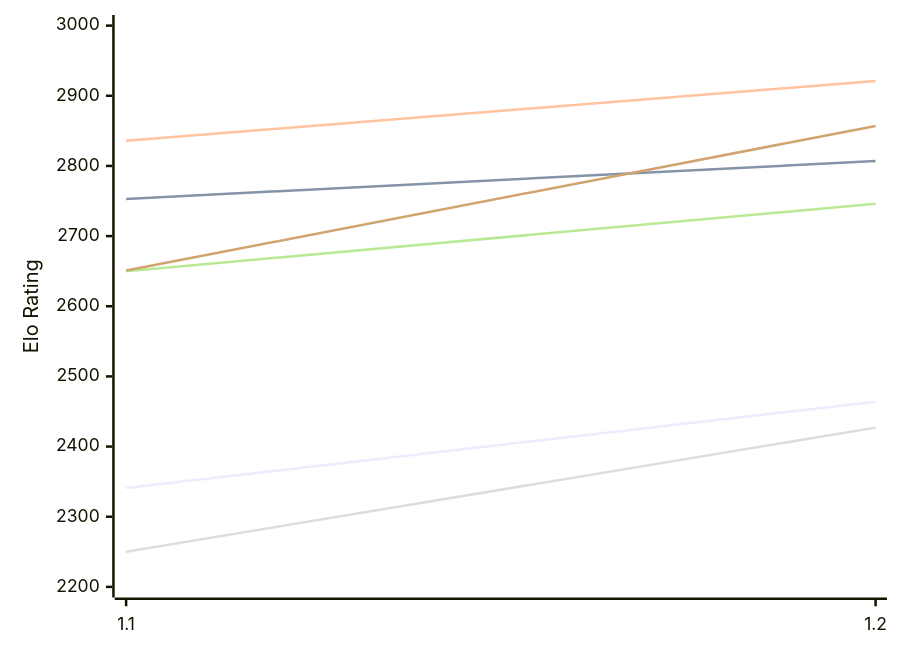
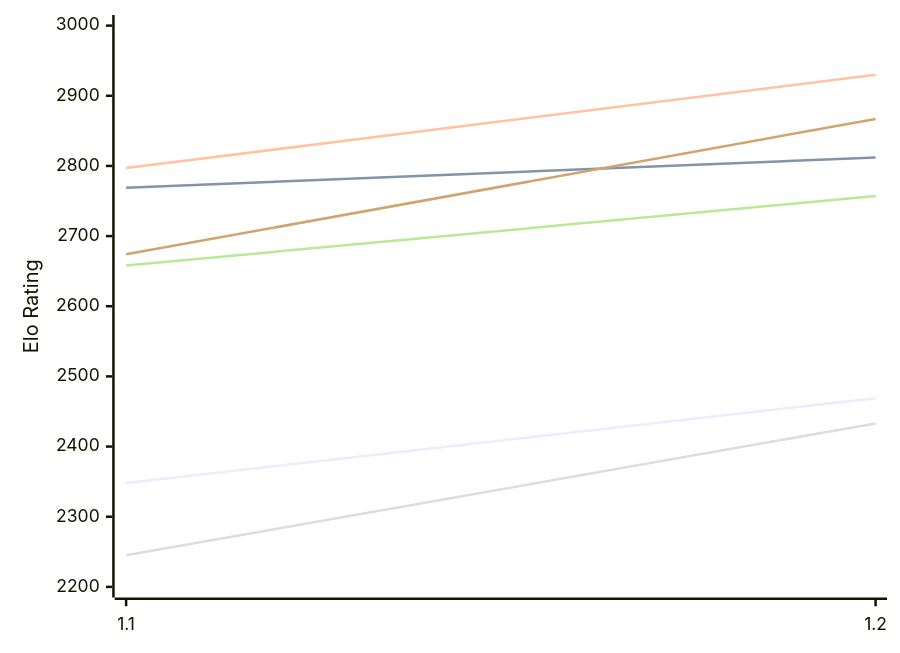
One commit to computer-chess-index/cci changed the first of 2 diagrams in engines/FoxChess.md. Above: the diagram before and after it, drawn with Mermaid. The commit also changed other lines of this file, not shown here.

Commit message:
Update CCI Ratings (ELO VLTC) - 2026-11-16

````diff
--- a/engines/FoxChess.md
+++ b/engines/FoxChess.md
@@ -51,12 +51,12 @@
 ```mermaid
 %%{init: {"theme":"base","themeVariables":{"seriesColors:['#a3a3a3','#222221','#faa371']}}}%%
 xychart-beta
   x-axis ["1.1", "1.2"]
   y-axis "Elo Rating" 2200 --> 3000
-  line "E1: STC (8.0+0.08s)" [2341, 2464]
-  line "E1: LTC (60.0+0.60s)" [2753, 2807]
-  line "E1: VLTC (2m24s+1.12s)" [2836, 2921]
-  line "P1: STC (8.0+0.08s)" [2250, 2427]
-  line "P1: LTC (60.0+0.60s)" [2650, 2746]
-  line "P1: VLTC (2m24s+1.12s)" [2651, 2857]
+  line "E1: STC (8.0+0.08s)" [2348, 2469]
+  line "E1: LTC (60.0+0.60s)" [2769, 2812]
+  line "E1: VLTC (2m24s+1.12s)" [2797, 2930]
+  line "P1: STC (8.0+0.08s)" [2245, 2433]
+  line "P1: LTC (60.0+0.60s)" [2658, 2757]
+  line "P1: VLTC (2m24s+1.12s)" [2674, 2867]
 ```
````
